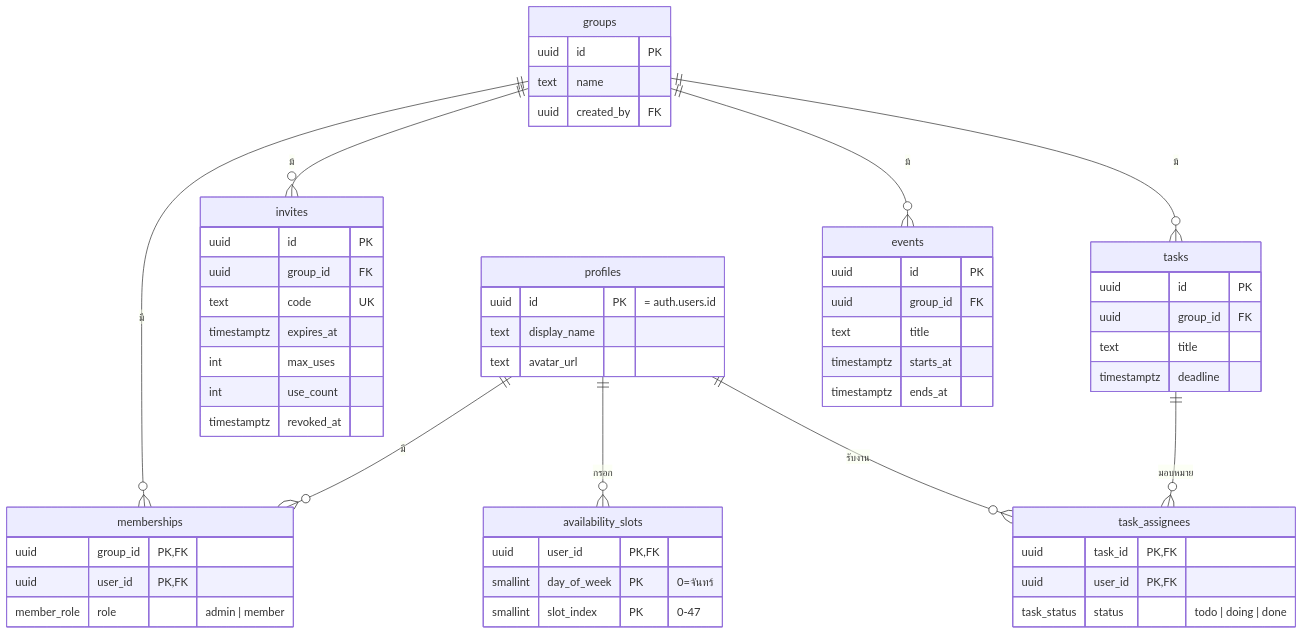
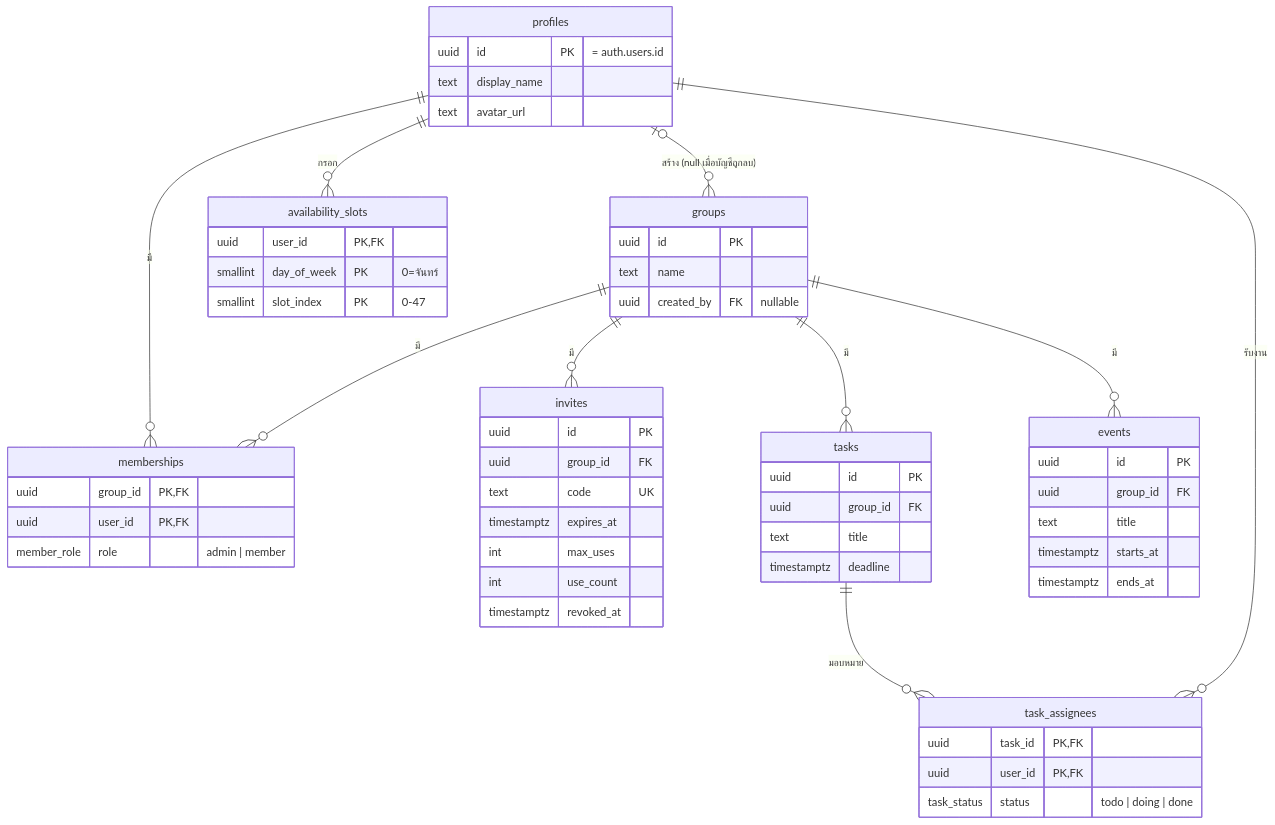
One commit to promminkiw/group-meeting changed the diagram in README.md. Above: the diagram before and after it, drawn with Mermaid. The commit also changed other lines of this file and 26 other files, not shown here.

````diff
--- a/README.md
+++ b/README.md
@@ -87,59 +107,60 @@
 ```mermaid
 erDiagram
     profiles ||--o{ memberships : "มี"
+    profiles |o--o{ groups : "สร้าง (null เมื่อบัญชีถูกลบ)"
     groups ||--o{ memberships : "มี"
     groups ||--o{ invites : "มี"
     groups ||--o{ tasks : "มี"
     groups ||--o{ events : "มี"
     tasks ||--o{ task_assignees : "มอบหมาย"
     profiles ||--o{ task_assignees : "รับงาน"
     profiles ||--o{ availability_slots : "กรอก"
 
     profiles {
         uuid id PK "= auth.users.id"
         text display_name
         text avatar_url
     }
     groups {
         uuid id PK
         text name
-        uuid created_by FK
+        uuid created_by FK "nullable"
     }
     memberships {
         uuid group_id PK,FK
         uuid user_id PK,FK
         member_role role "admin | member"
     }
     invites {
         uuid id PK
         uuid group_id FK
         text code UK
         timestamptz expires_at
         int max_uses
         int use_count
         timestamptz revoked_at
     }
     tasks {
         uuid id PK
         uuid group_id FK
         text title
         timestamptz deadline
     }
     task_assignees {
         uuid task_id PK,FK
         uuid user_id PK,FK
         task_status status "todo | doing | done"
     }
     availability_slots {
         uuid user_id PK,FK
         smallint day_of_week PK "0=จันทร์"
         smallint slot_index PK "0-47"
     }
     events {
         uuid id PK
         uuid group_id FK
         text title
         timestamptz starts_at
         timestamptz ends_at
     }
 ```
````
